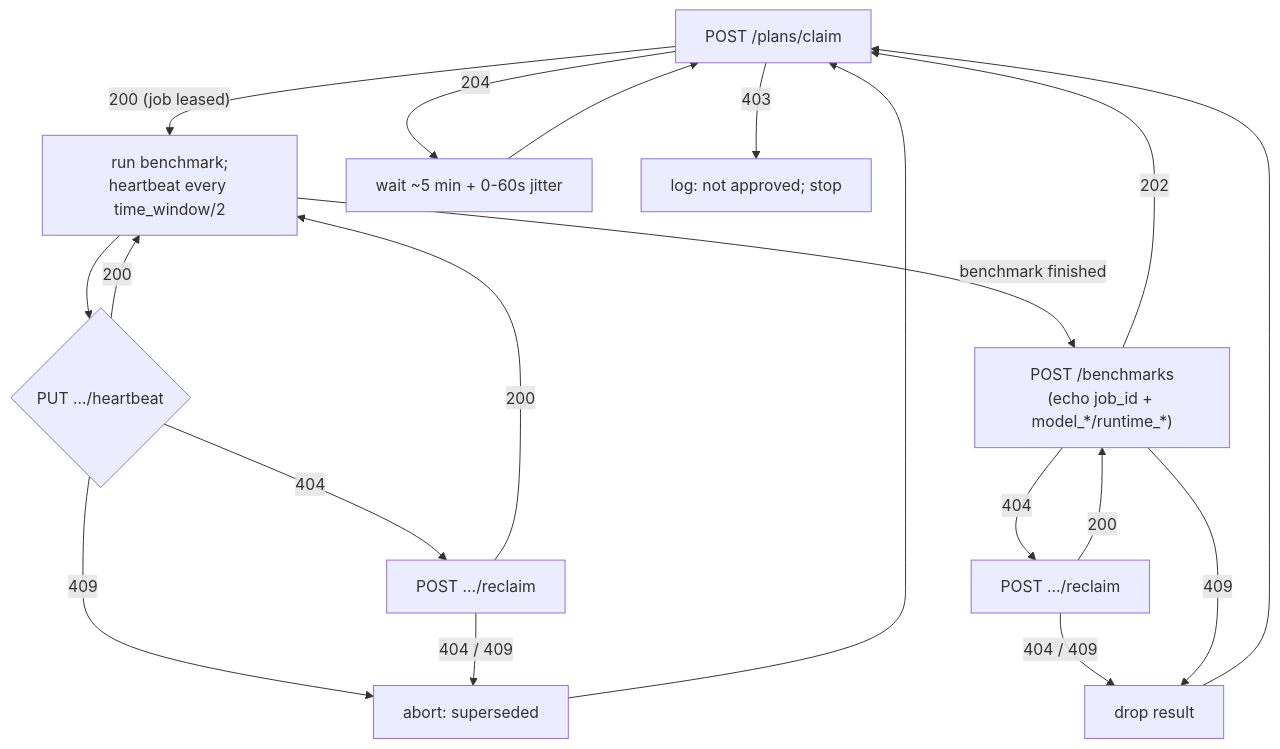
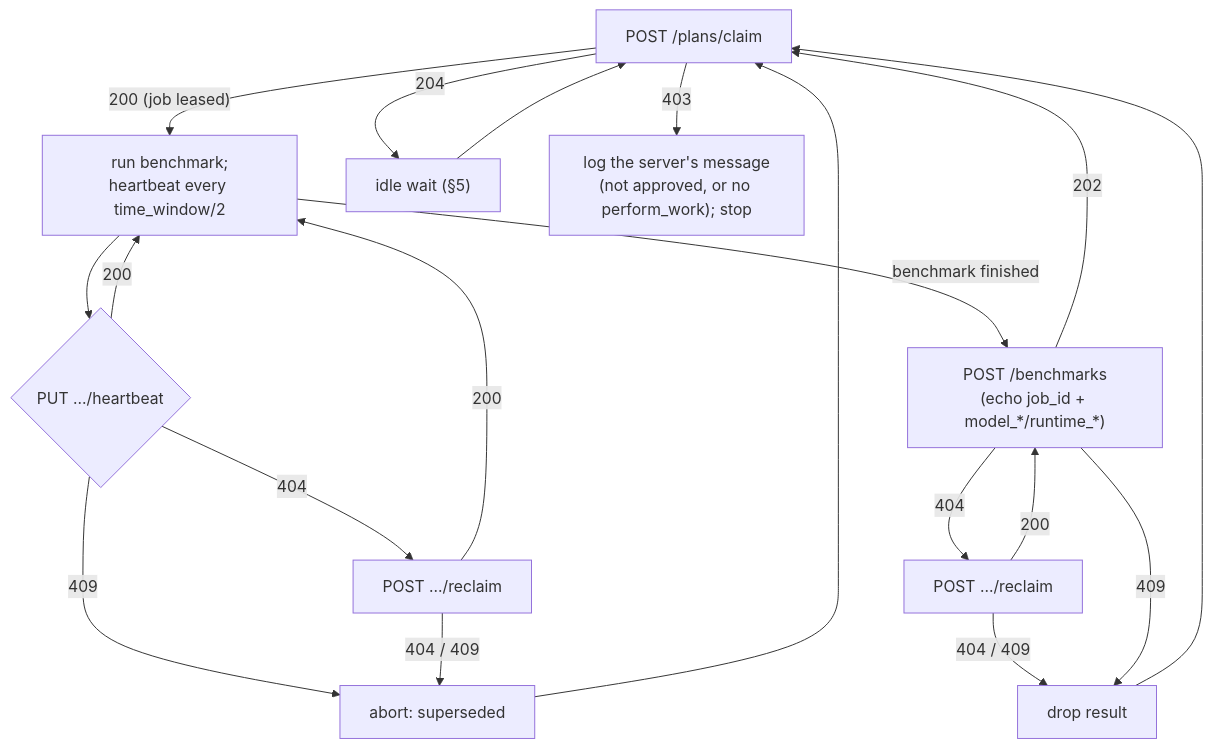
Before and after one commit to Liquid4All/pipette-mgmt: the second of 2 diagrams in docs/client-integration.md, drawn with Mermaid. The commit also changed other lines of this file and 1070 other files, not shown here.

````diff
--- a/docs/client-integration.md
+++ b/docs/client-integration.md
@@ -323,20 +331,20 @@
 ```mermaid
 flowchart TD
     CLAIM["POST /plans/claim"] -->|"200 (job leased)"| RUN["run benchmark;<br/>heartbeat every time_window/2"]
-    CLAIM -->|204| WAIT["wait ~5 min + 0-60s jitter"] --> CLAIM
-    CLAIM -->|403| STOP["log: not approved; stop"]
+    CLAIM -->|204| WAIT["idle wait (§5)"] --> CLAIM
+    CLAIM -->|403| STOP["log the server's message<br/>(not approved, or no perform_work); stop"]
     RUN --> HB{"PUT .../heartbeat"}
     HB -->|200| RUN
     HB -->|404| RECLAIM["POST .../reclaim"]
     HB -->|409| ABORT["abort: superseded"]
     RECLAIM -->|200| RUN
     RECLAIM -->|"404 / 409"| ABORT
     RUN -->|"benchmark finished"| SUBMIT["POST /benchmarks<br/>(echo job_id + model_*/runtime_*)"]
     SUBMIT -->|202| CLAIM
     SUBMIT -->|404| RECLAIM2["POST .../reclaim"]
     RECLAIM2 -->|200| SUBMIT
     RECLAIM2 -->|"404 / 409"| DROP["drop result"]
     SUBMIT -->|409| DROP
     ABORT --> CLAIM
     DROP --> CLAIM
 ```
````
